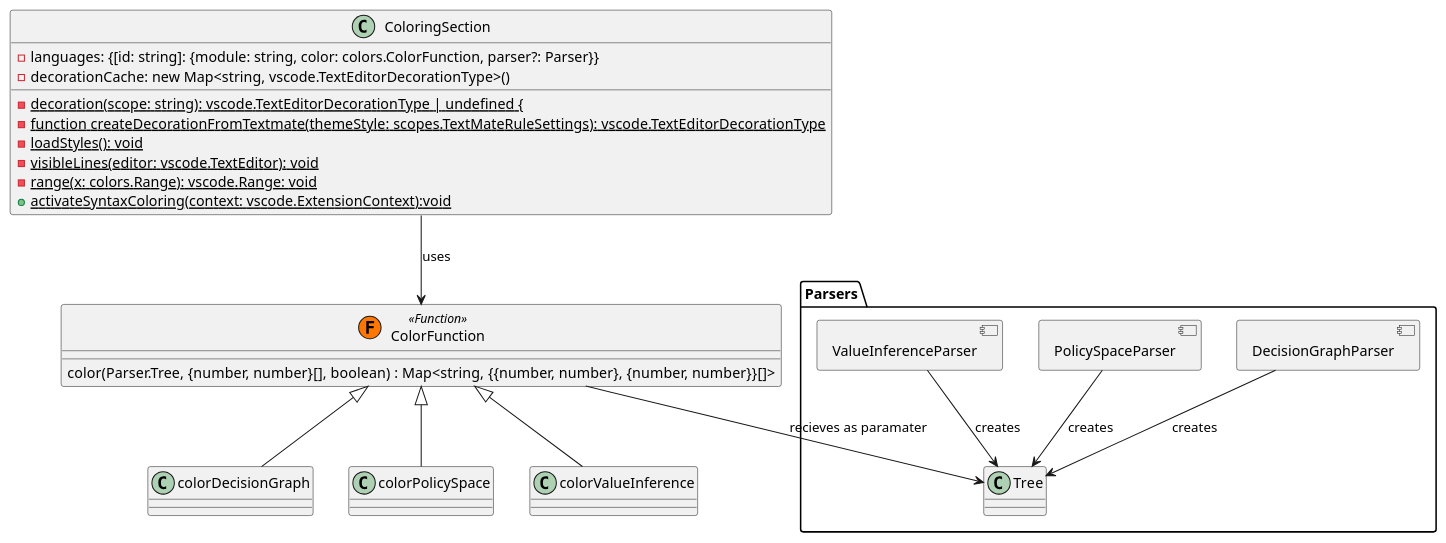
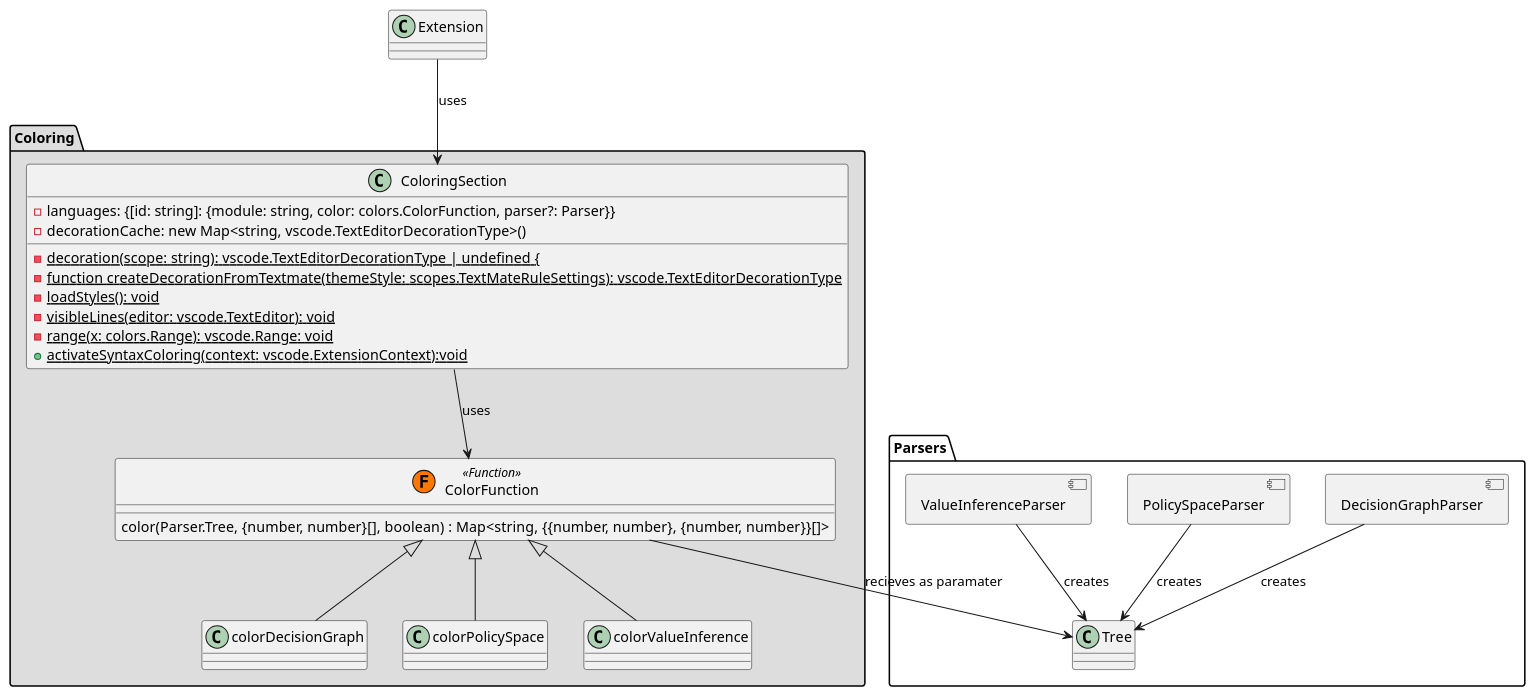
The diagram in diagrams/client/ClientColorDiagram.puml (wolfj123/PolicyModelsPlugin), drawn with PlantUML before and after one commit. The commit also changed 3 other files, not shown here.

Commit message:
update diagrams

```diff
--- a/diagrams/client/ClientColorDiagram.puml
+++ b/diagrams/client/ClientColorDiagram.puml
@@ -1,50 +1,54 @@
 @startuml
 
+package Coloring #DDDDDD {
+    class ColoringSection {
+        - languages: {[id: string]: {module: string, color: colors.ColorFunction, parser?: Parser}}
+        {field}- decorationCache: new Map<string, vscode.TextEditorDecorationType>()
 
-class ColoringSection {
-    - languages: {[id: string]: {module: string, color: colors.ColorFunction, parser?: Parser}}
-    {field}- decorationCache: new Map<string, vscode.TextEditorDecorationType>()
-
-    -{static} decoration(scope: string): vscode.TextEditorDecorationType | undefined {
-    -{static} function createDecorationFromTextmate(themeStyle: scopes.TextMateRuleSettings): vscode.TextEditorDecorationType
-    -{static} loadStyles(): void
-    -{static} visibleLines(editor: vscode.TextEditor): void
-    -{static}  range(x: colors.Range): vscode.Range: void
-    +{static} activateSyntaxColoring(context: vscode.ExtensionContext):void 
-}
+        -{static} decoration(scope: string): vscode.TextEditorDecorationType | undefined {
+        -{static} function createDecorationFromTextmate(themeStyle: scopes.TextMateRuleSettings): vscode.TextEditorDecorationType
+        -{static} loadStyles(): void
+        -{static} visibleLines(editor: vscode.TextEditor): void
+        -{static}  range(x: colors.Range): vscode.Range: void
+        +{static} activateSyntaxColoring(context: vscode.ExtensionContext):void 
+    }
 
 
 
-' Color description
-allowmixing
+    ' Color description
+    allowmixing
+
+    
+
+    class ColorFunction << (F,#FF7700) Function>>{
+        color(Parser.Tree, {number, number}[], boolean) : Map<string, {{number, number}, {number, number}}[]>
+    }
+
+
+    class colorDecisionGraph extends ColorFunction {	
+    }
+
+    class colorPolicySpace extends ColorFunction {	
+    }
+
+    class colorValueInference extends ColorFunction {	
+    }
+}
 
 package Parsers {
-    component DecisionGraphParser
-    component PolicySpaceParser
-    component ValueInferenceParser
-    class Tree
+        component DecisionGraphParser
+        component PolicySpaceParser
+        component ValueInferenceParser
+        class Tree
 
-	DecisionGraphParser --> Tree : "creates"
-	PolicySpaceParser --> Tree : "creates"
-	ValueInferenceParser --> Tree : "creates"
-}
-
-class ColorFunction << (F,#FF7700) Function>>{
-	color(Parser.Tree, {number, number}[], boolean) : Map<string, {{number, number}, {number, number}}[]>
-}
-
-
-class colorDecisionGraph extends ColorFunction {	
-}
-
-class colorPolicySpace extends ColorFunction {	
-}
-
-class colorValueInference extends ColorFunction {	
-}
+        DecisionGraphParser --> Tree : "creates"
+        PolicySpaceParser --> Tree : "creates"
+        ValueInferenceParser --> Tree : "creates"
+    }
 
 ColorFunction --> Tree : recieves as paramater
 ColoringSection --> ColorFunction : uses
 
+Extension --> ColoringSection: uses
 
 @enduml
```
